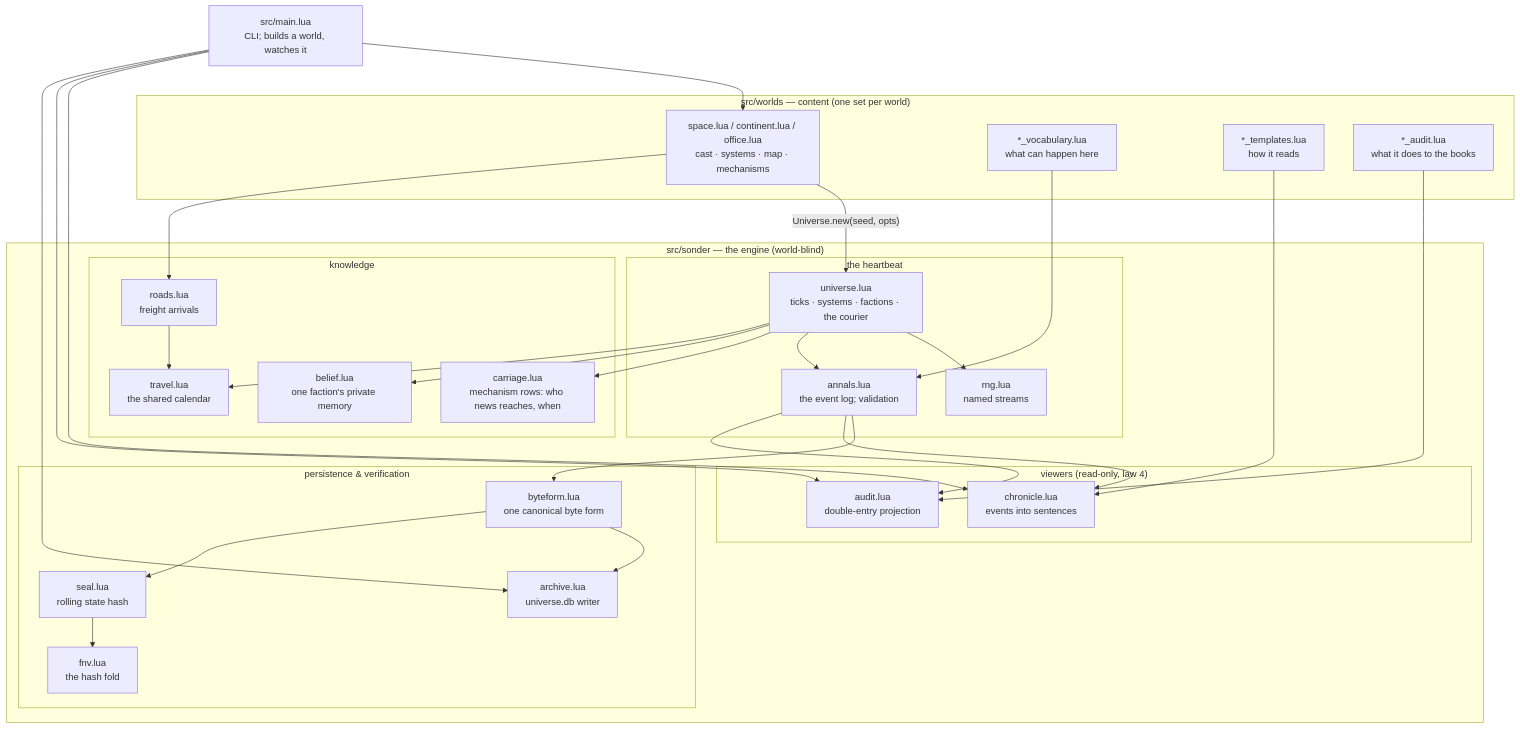
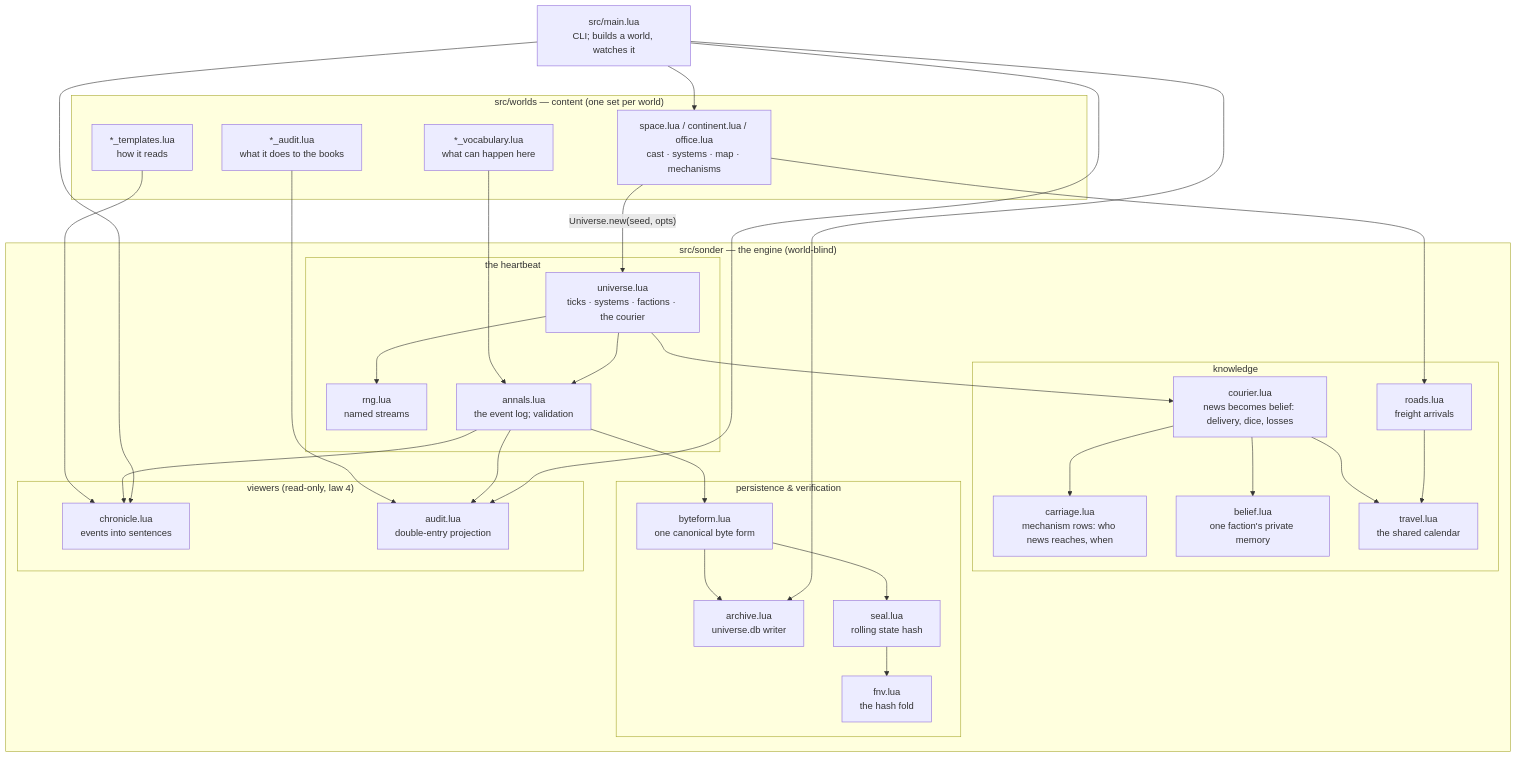
The first of 3 diagrams in docs/architecture.md (walesmd/sonder-sim), drawn with Mermaid before and after one commit. The commit also changed 9 other files, not shown here.

````diff
--- a/docs/architecture.md
+++ b/docs/architecture.md
@@ -19,55 +19,57 @@
 ```mermaid
 graph TB
     subgraph worlds["src/worlds — content (one set per world)"]
         W["space.lua / continent.lua / office.lua<br/>cast · systems · map · mechanisms"]
         WV["*_vocabulary.lua<br/>what can happen here"]
         WT["*_templates.lua<br/>how it reads"]
         WA["*_audit.lua<br/>what it does to the books"]
     end
     subgraph engine["src/sonder — the engine (world-blind)"]
         subgraph core["the heartbeat"]
             U["universe.lua<br/>ticks · systems · factions · the courier"]
             R["rng.lua<br/>named streams"]
             AN["annals.lua<br/>the event log; validation"]
         end
         subgraph knowledge["knowledge"]
+            CO["courier.lua<br/>news becomes belief: delivery, dice, losses"]
             C["carriage.lua<br/>mechanism rows: who news reaches, when"]
             B["belief.lua<br/>one faction's private memory"]
             T["travel.lua<br/>the shared calendar"]
             RD["roads.lua<br/>freight arrivals"]
         end
         subgraph persistence["persistence & verification"]
             BF["byteform.lua<br/>one canonical byte form"]
             AR["archive.lua<br/>universe.db writer"]
             S["seal.lua<br/>rolling state hash"]
             F["fnv.lua<br/>the hash fold"]
         end
         subgraph viewers["viewers (read-only, law 4)"]
             CH["chronicle.lua<br/>events into sentences"]
             AU["audit.lua<br/>double-entry projection"]
         end
     end
     M["src/main.lua<br/>CLI; builds a world, watches it"]
 
     W -->|"Universe.new(seed, opts)"| U
     WV --> AN
     WT --> CH
     WA --> AU
     U --> R
     U --> AN
-    U --> C
-    U --> B
-    U --> T
+    U --> CO
+    CO --> C
+    CO --> B
+    CO --> T
     W --> RD
     RD --> T
     AN --> BF
     BF --> AR
     BF --> S
     S --> F
     AN --> CH
     AN --> AU
     M --> W
     M --> CH
     M --> AU
     M --> AR
 ```
````
